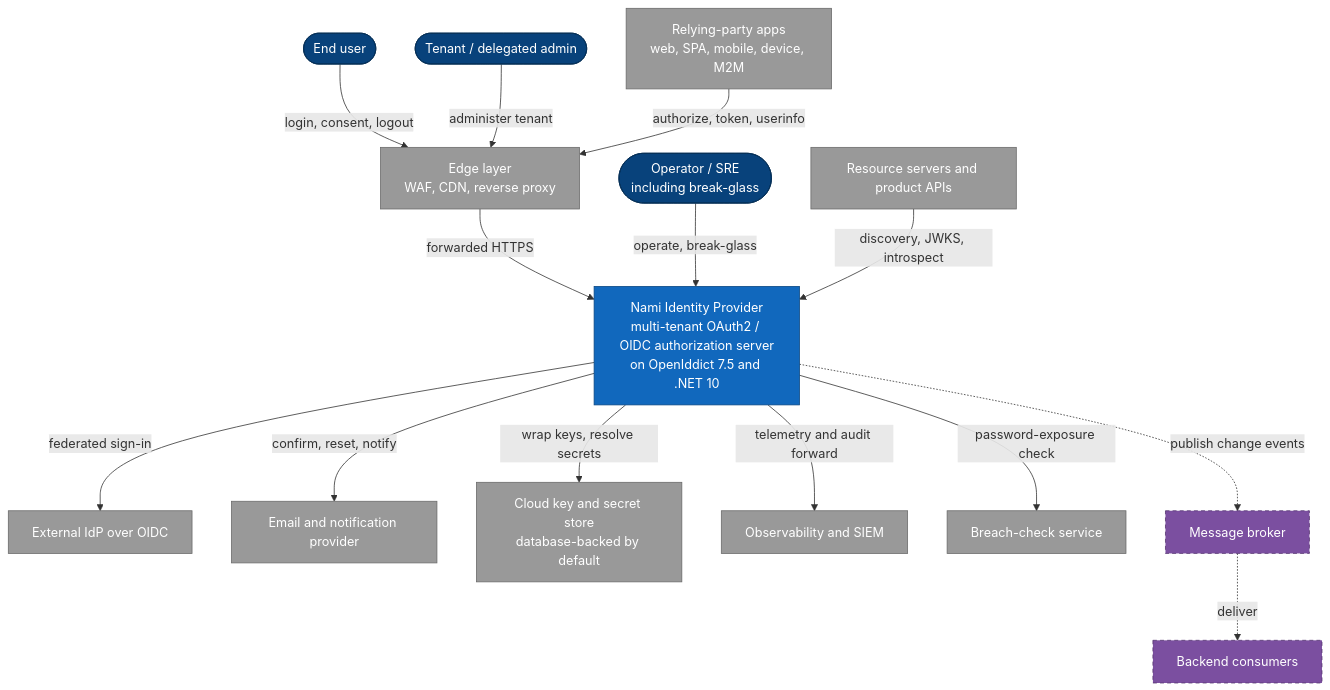
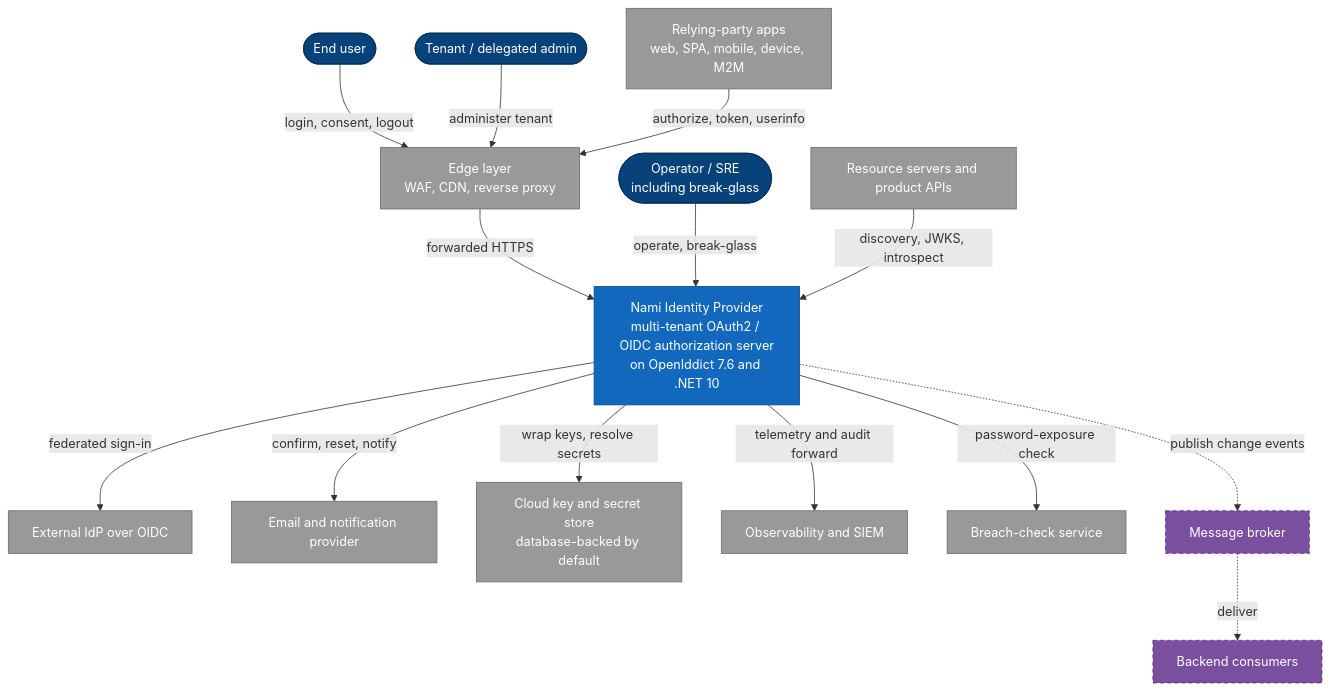
The diagram in docs/architecture/04-system-context.md (namphuongtran/nami), drawn with Mermaid before and after one commit. The commit also changed 4 other files, not shown here.

First line of the commit message:
docs: move the architecture layer's four engine-version statements to 7.6, and find an inverted row one line below

````diff
--- a/docs/architecture/04-system-context.md
+++ b/docs/architecture/04-system-context.md
@@ -15,39 +15,39 @@
 ```mermaid
 graph TB
   enduser([End user]):::person
   admin([Tenant / delegated admin]):::person
   ops([Operator / SRE<br/>including break-glass]):::person
 
-  nami["Nami Identity Provider<br/>multi-tenant OAuth2 / OIDC authorization server<br/>on OpenIddict 7.5 and .NET 10"]:::host
+  nami["Nami Identity Provider<br/>multi-tenant OAuth2 / OIDC authorization server<br/>on OpenIddict 7.6 and .NET 10"]:::host
 
   edge[Edge layer<br/>WAF, CDN, reverse proxy]:::ext
   rp[Relying-party apps<br/>web, SPA, mobile, device, M2M]:::ext
   rs[Resource servers and product APIs]:::ext
   extidp[External IdP over OIDC]:::ext
   email[Email and notification provider]:::ext
   kms[Cloud key and secret store<br/>database-backed by default]:::ext
   obs[Observability and SIEM]:::ext
   hibp[Breach-check service]:::ext
   broker[Message broker]:::v2
   backend[Backend consumers]:::v2
 
   enduser -->|login, consent, logout| edge
   admin -->|administer tenant| edge
   rp -->|authorize, token, userinfo| edge
   edge -->|forwarded HTTPS| nami
   ops -->|operate, break-glass| nami
   rs -->|discovery, JWKS, introspect| nami
   nami -->|federated sign-in| extidp
   nami -->|confirm, reset, notify| email
   nami -->|wrap keys, resolve secrets| kms
   nami -->|telemetry and audit forward| obs
   nami -->|password-exposure check| hibp
   nami -.->|publish change events| broker
   broker -.->|deliver| backend
 
   classDef person fill:#08427b,stroke:#052e56,color:#ffffff
   classDef host fill:#1168bd,stroke:#0b4884,color:#ffffff
   classDef store fill:#438dd5,stroke:#2e6295,color:#ffffff
   classDef ext fill:#999999,stroke:#6b6b6b,color:#ffffff
   classDef v2 fill:#7b4fa0,stroke:#54356f,color:#ffffff,stroke-dasharray:5 4
 ```
````
